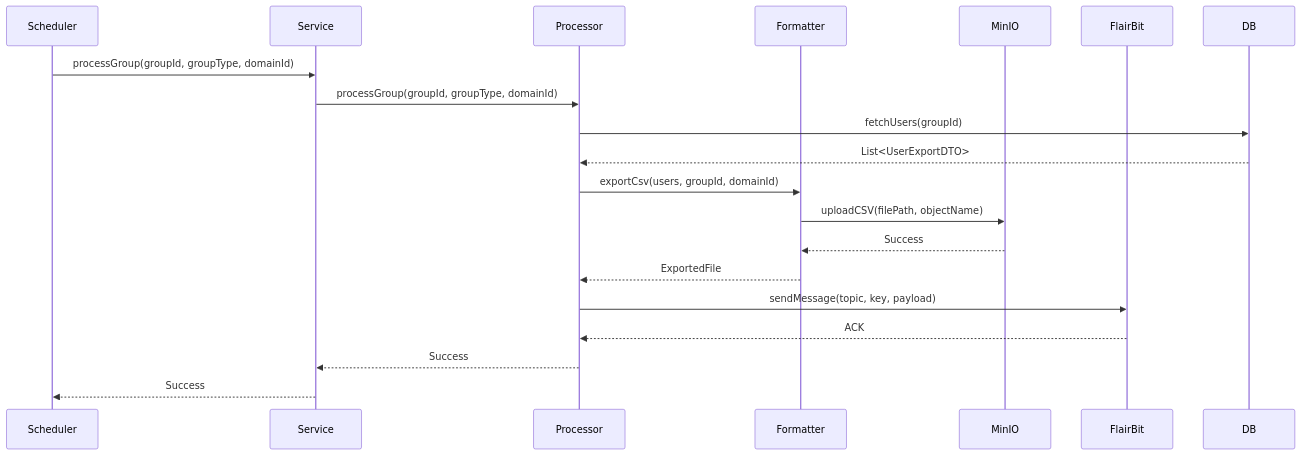
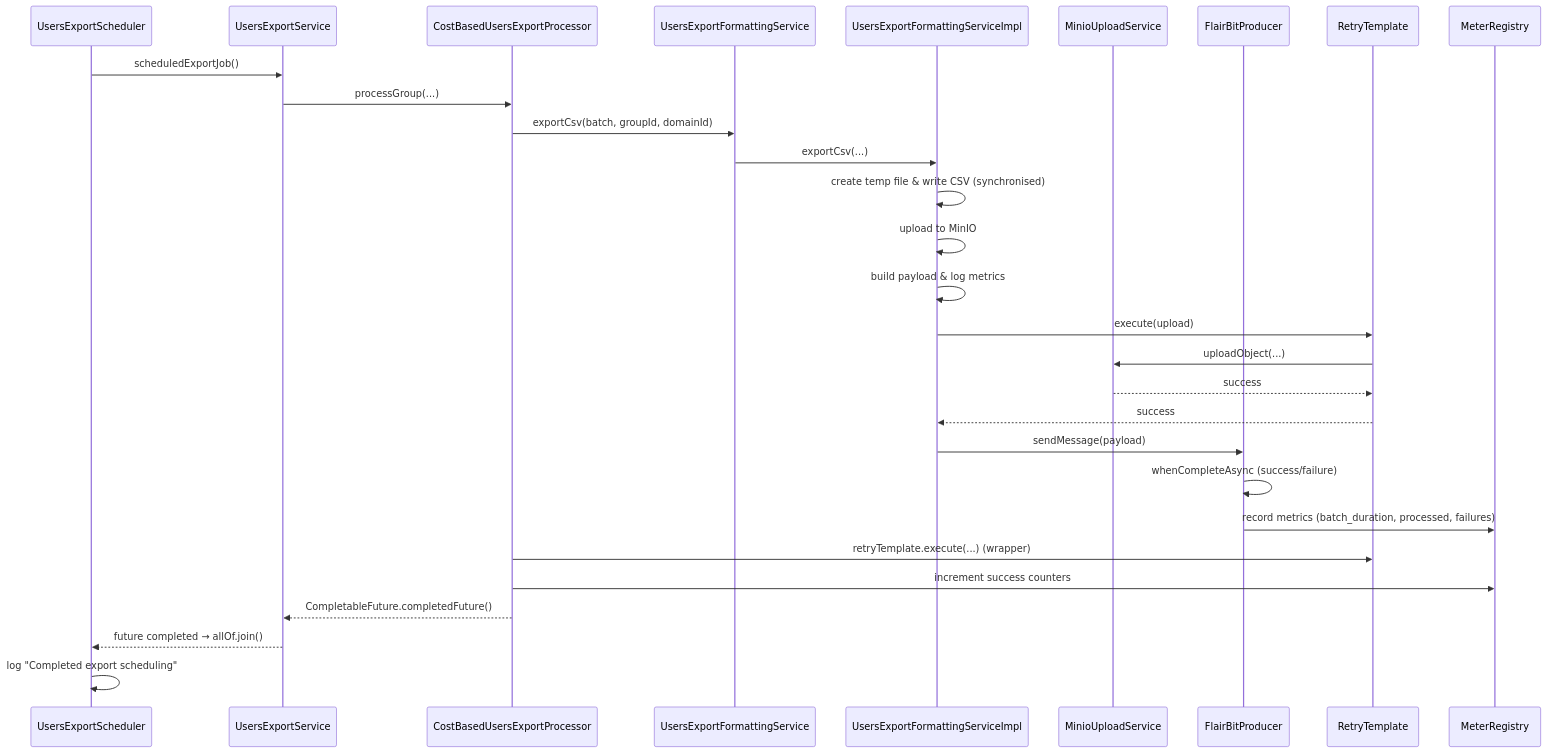
Before and after one commit to kagit00/flairbit: the second of 5 diagrams in docs/LLD/UsersExport.md, drawn with Mermaid. The commit also changed other lines of this file and 3 other files, not shown here.

````diff
--- a/docs/LLD/UsersExport.md
+++ b/docs/LLD/UsersExport.md
@@ -82,22 +85,32 @@
 ```mermaid
 sequenceDiagram
-    participant Scheduler
-    participant Service
-    participant Processor
-    participant Formatter
-    participant MinIO
-    participant FlairBit
+    participant Sched as UsersExportScheduler
+    participant Service as UsersExportService
+    participant Proc as CostBasedUsersExportProcessor
+    participant CBF as UsersExportFormattingService
+    participant FormImpl as UsersExportFormattingServiceImpl
+    participant Minio as MinioUploadService
+    participant Kafka as FlairBitProducer
+    participant Retry as RetryTemplate
+    participant Meter as MeterRegistry
 
-    Scheduler->>Service: processGroup(groupId, groupType, domainId)
-    Service->>Processor: processGroup(groupId, groupType, domainId)
-    Processor->>DB: fetchUsers(groupId)
-    DB-->>Processor: List<UserExportDTO>
-    Processor->>Formatter: exportCsv(users, groupId, domainId)
-    Formatter->>MinIO: uploadCSV(filePath, objectName)
-    MinIO-->>Formatter: Success
-    Formatter-->>Processor: ExportedFile
-    Processor->>FlairBit: sendMessage(topic, key, payload)
-    FlairBit-->>Processor: ACK
-    Processor-->>Service: Success
-    Service-->>Scheduler: Success
+    Sched->>Service: scheduledExportJob()
+    Service->>Proc: processGroup(...)
+    Proc->>CBF: exportCsv(batch, groupId, domainId)
+    CBF->>FormImpl: exportCsv(...)
+    FormImpl->>FormImpl: create temp file & write CSV (synchronised)
+    FormImpl->>FormImpl: upload to MinIO
+    FormImpl->>FormImpl: build payload & log metrics
+    FormImpl->>Retry: execute(upload)
+    Retry->>Minio: uploadObject(...)
+    Minio-->>Retry: success
+    Retry-->>FormImpl: success
+    FormImpl->>Kafka: sendMessage(payload)
+    Kafka->>Kafka: whenCompleteAsync (success/failure)
+    Kafka->>Meter: record metrics (batch_duration, processed, failures)
+    Proc->>Retry: retryTemplate.execute(...) (wrapper)
+    Proc->>Meter: increment success counters
+    Proc-->>Service: CompletableFuture.completedFuture()
+    Service-->>Sched: future completed → allOf.join()
+    Sched->>Sched: log "Completed export scheduling"
 ```
````
